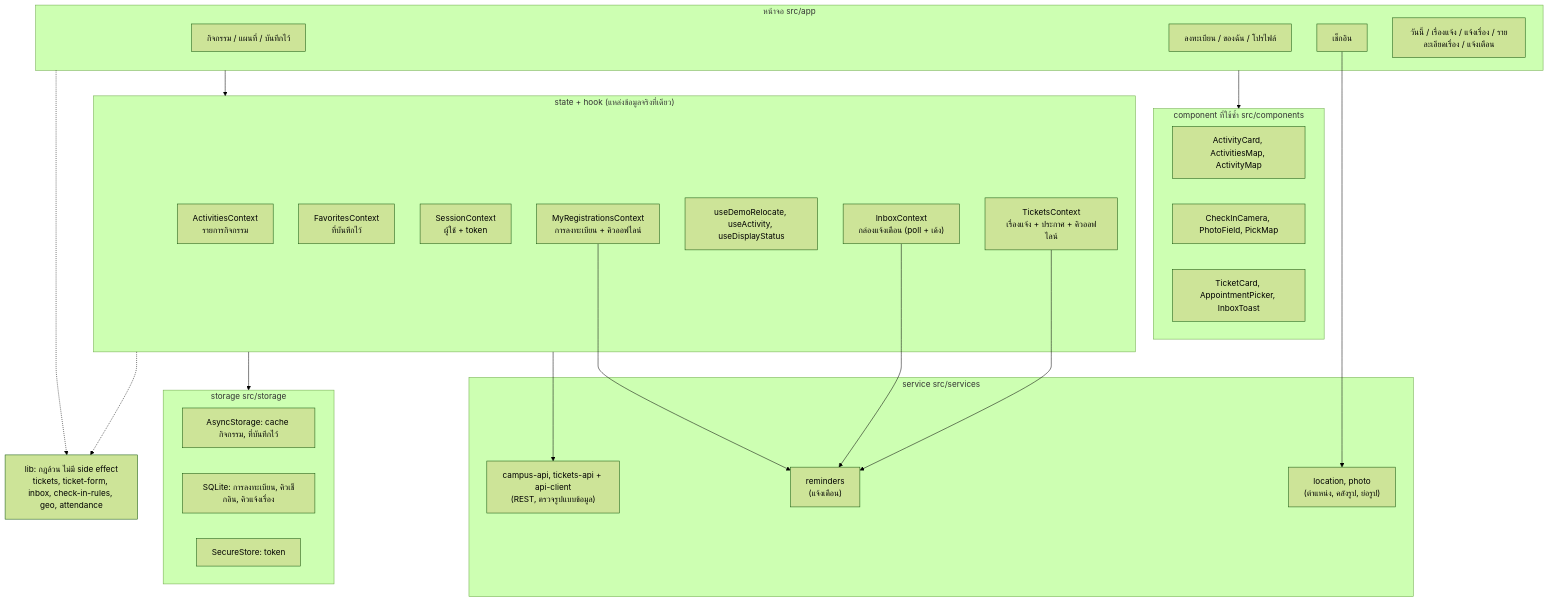
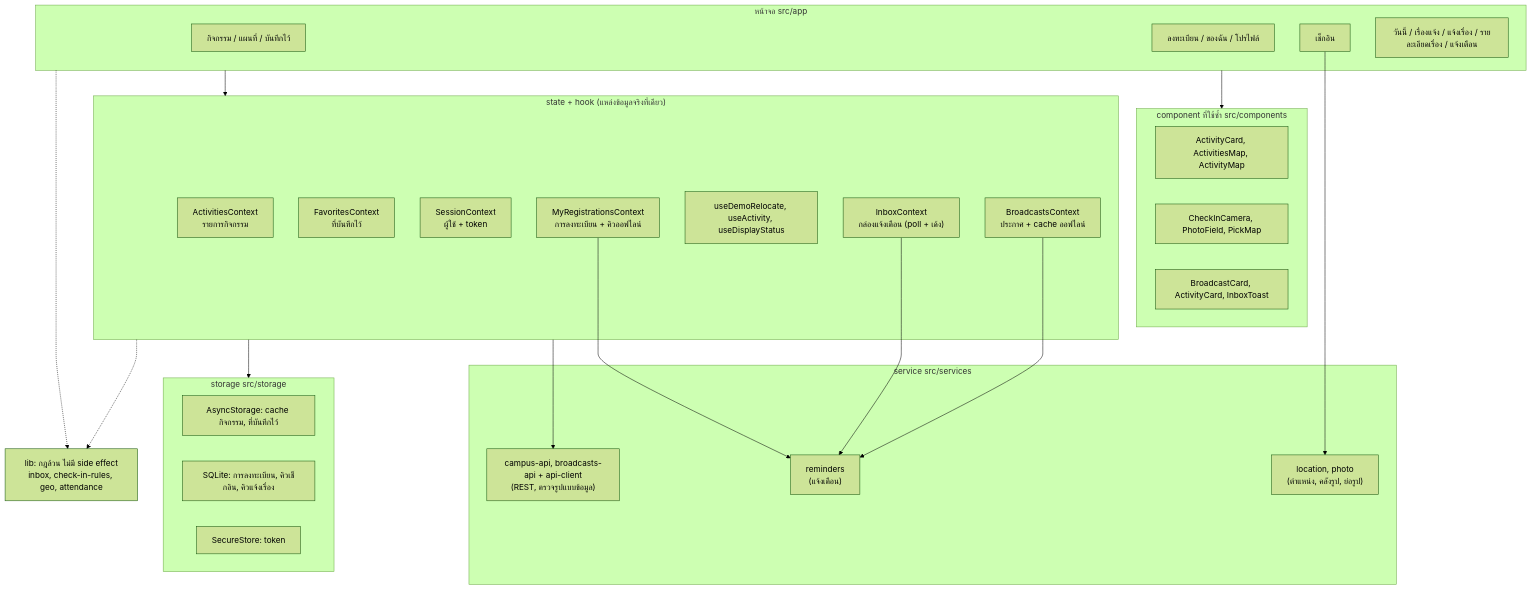
Before and after one commit to phop01/Hybrid_Mobile_Assignment: the diagram in docs/QUALITY.md, drawn with Mermaid (forest theme). The commit also changed 59 other files, not shown here.

Commit message:
Remove repair tickets and facilities role; keep broadcasts and inbox in their own modules

````diff
--- a/docs/QUALITY.md
+++ b/docs/QUALITY.md
@@ -10,45 +10,45 @@
 ```mermaid
 flowchart TB
   subgraph UI["หน้าจอ src/app"]
     S1["กิจกรรม / แผนที่ / บันทึกไว้"]
     S2["ลงทะเบียน / ของฉัน / โปรไฟล์"]
     S3["เช็กอิน"]
     S4["วันนี้ / เรื่องแจ้ง / แจ้งเรื่อง / รายละเอียดเรื่อง / แจ้งเตือน"]
   end
   subgraph C["component ที่ใช้ซ้ำ src/components"]
     C1["ActivityCard, ActivitiesMap, ActivityMap"]
     C2["CheckInCamera, PhotoField, PickMap"]
-    C3["TicketCard, AppointmentPicker, InboxToast"]
+    C3["BroadcastCard, ActivityCard, InboxToast"]
   end
   subgraph H["state + hook (แหล่งข้อมูลจริงที่เดียว)"]
     H1["ActivitiesContext<br>รายการกิจกรรม"]
     H2["FavoritesContext<br>ที่บันทึกไว้"]
     H3["SessionContext<br>ผู้ใช้ + token"]
     H4["MyRegistrationsContext<br>การลงทะเบียน + คิวออฟไลน์"]
     H5["useDemoRelocate, useActivity, useDisplayStatus"]
     H6["InboxContext<br>กล่องแจ้งเตือน (poll + เด้ง)"]
-    H7["TicketsContext<br>เรื่องแจ้ง + ประกาศ + คิวออฟไลน์"]
+    H7["BroadcastsContext<br>ประกาศ + cache ออฟไลน์"]
   end
   subgraph SV["service src/services"]
-    V1["campus-api, tickets-api + api-client<br>(REST, ตรวจรูปแบบข้อมูล)"]
+    V1["campus-api, broadcasts-api + api-client<br>(REST, ตรวจรูปแบบข้อมูล)"]
     V2["location, photo<br>(ตำแหน่ง, คลังรูป, ย่อรูป)"]
     V3["reminders<br>(แจ้งเตือน)"]
   end
   subgraph ST["storage src/storage"]
     T1["AsyncStorage: cache กิจกรรม, ที่บันทึกไว้"]
     T2["SQLite: การลงทะเบียน, คิวเช็กอิน, คิวแจ้งเรื่อง"]
     T3["SecureStore: token"]
   end
-  L["lib: กฎล้วน ไม่มี side effect<br>tickets, ticket-form, inbox, check-in-rules, geo, attendance"]
+  L["lib: กฎล้วน ไม่มี side effect<br>inbox, check-in-rules, geo, attendance"]
 
   UI --> C
   UI --> H
   S3 --> V2
   H --> V1
   H --> ST
   H4 --> V3
   H6 --> V3
   H7 --> V3
   UI -.-> L
   H -.-> L
 ```
````
